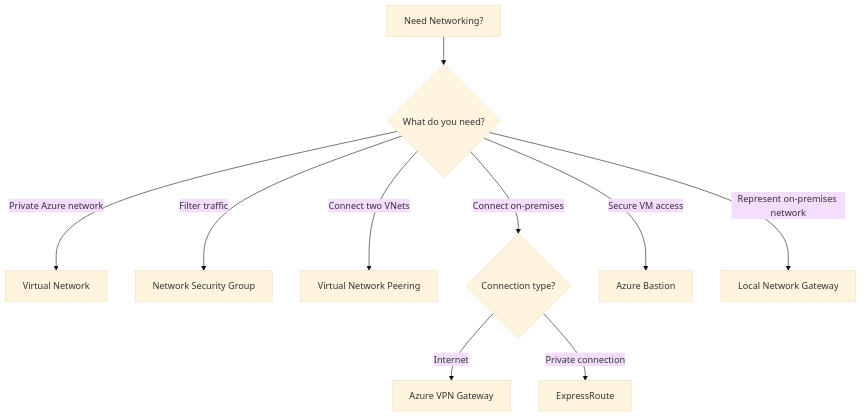
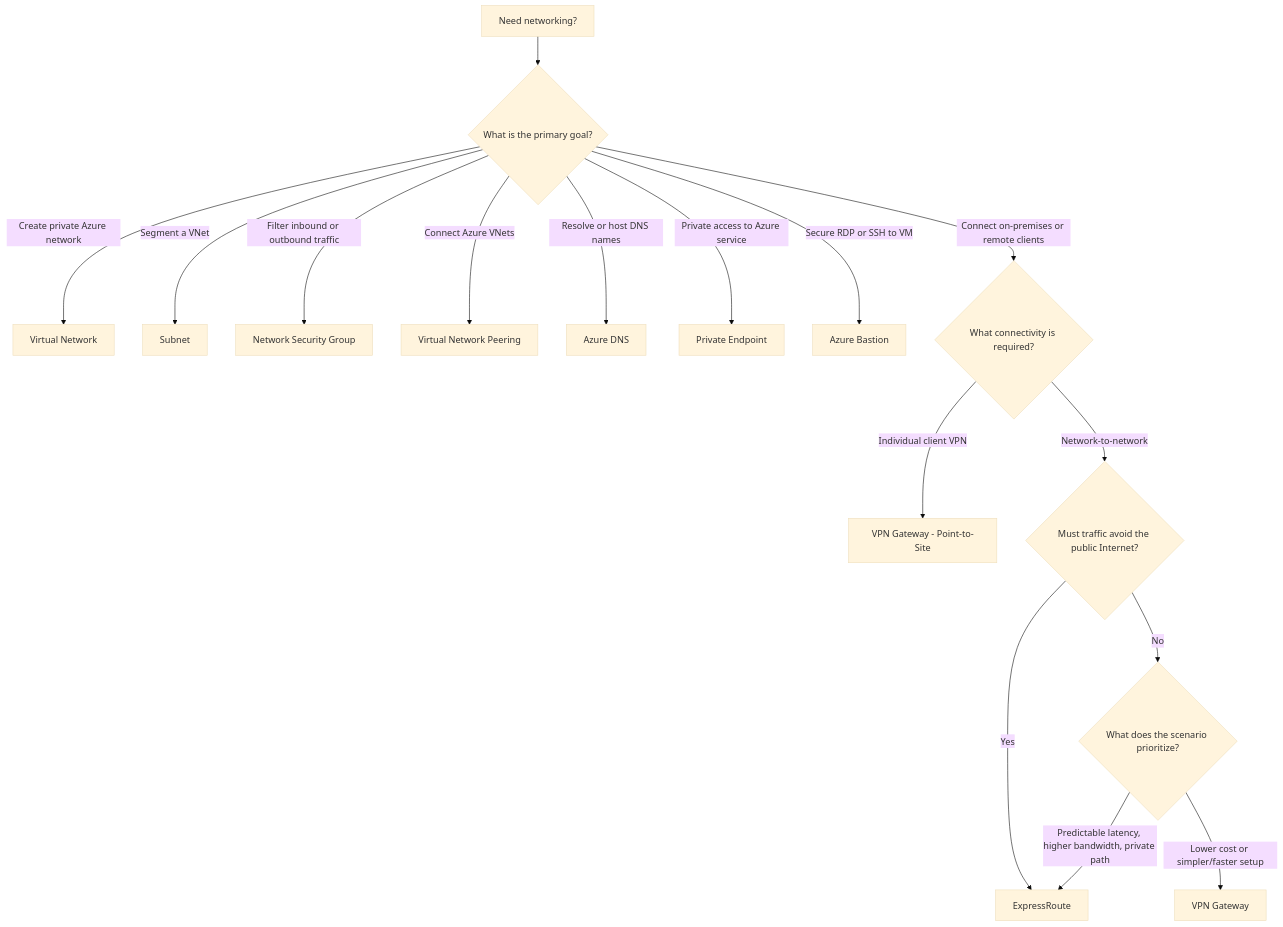
Before and after one commit to zhyordanova/azure-fundamentals-handbook: the diagram in exam/decision-trees/networking-decision-tree.md, drawn with Mermaid (base theme). The commit also changed 21 other files, not shown here.

````diff
--- a/exam/decision-trees/networking-decision-tree.md
+++ b/exam/decision-trees/networking-decision-tree.md
@@ -3,21 +3,22 @@
 ```mermaid
 flowchart TD
+    A["Need networking?"] --> B{"What is the primary goal?"}
 
-    A["Need Networking?"] --> B{"What do you need?"}
+    B -->|Create private Azure network| VNET["Virtual Network"]
+    B -->|Segment a VNet| SUBNET["Subnet"]
+    B -->|Filter inbound or outbound traffic| NSG["Network Security Group"]
+    B -->|Connect Azure VNets| PEER["Virtual Network Peering"]
+    B -->|Resolve or host DNS names| DNS["Azure DNS"]
+    B -->|Private access to Azure service| PE["Private Endpoint"]
+    B -->|Secure RDP or SSH to VM| BASTION["Azure Bastion"]
+    B -->|Connect on-premises or remote clients| HYBRID{"What connectivity is required?"}
 
-    B -->|Private Azure network| C["Virtual Network"]
+    HYBRID -->|Individual client VPN| P2S["VPN Gateway - Point-to-Site"]
+    HYBRID -->|Network-to-network| PATH{"Must traffic avoid the public Internet?"}
 
-    B -->|Filter traffic| D["Network Security Group"]
+    PATH -->|Yes| ER["ExpressRoute"]
+    PATH -->|No| PRIORITY{"What does the scenario prioritize?"}
 
-    B -->|Connect two VNets| E["Virtual Network Peering"]
-
-    B -->|Connect on-premises| F{"Connection type?"}
-
-    F -->|Internet| G["Azure VPN Gateway"]
-
-    F -->|Private connection| H["ExpressRoute"]
-
-    B -->|Secure VM access| I["Azure Bastion"]
-
-    B -->|Represent on-premises network| J["Local Network Gateway"]
+    PRIORITY -->|Lower cost or simpler/faster setup| VPN["VPN Gateway"]
+    PRIORITY -->|Predictable latency, higher bandwidth, private path| ER
 ```
````
